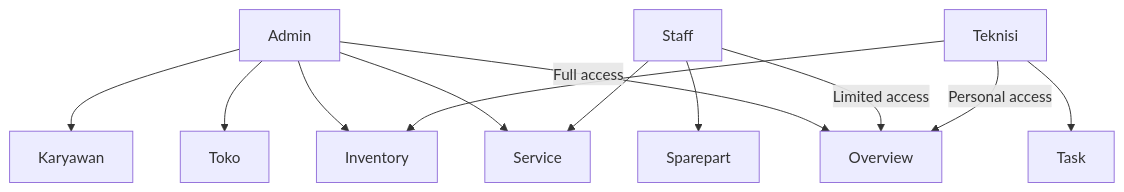
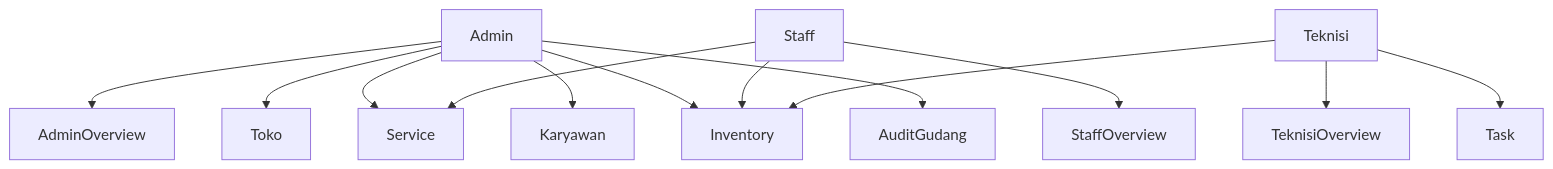
The second of 2 diagrams in user-manual/01-overview[RiBook2Line].md (PintaAI/rms-v2), drawn with Mermaid before and after one commit. The commit also changed other lines of this file and 29 other files, not shown here.

````diff
--- a/user-manual/01-overview[RiBook2Line].md
+++ b/user-manual/01-overview[RiBook2Line].md
@@ -36,16 +43,17 @@
 ```mermaid
 flowchart TD
-    Admin -->|Full access| Overview
+    Admin --> AdminOverview
     Admin --> Toko
     Admin --> Service
     Admin --> Karyawan
     Admin --> Inventory
+    Admin --> AuditGudang
 
-    Staff -->|Limited access| Overview
+    Staff --> StaffOverview
     Staff --> Service
-    Staff --> Sparepart
+    Staff --> Inventory
 
-    Teknisi -->|Personal access| Overview
+    Teknisi --> TeknisiOverview
     Teknisi --> Task
     Teknisi --> Inventory
 ```
````
